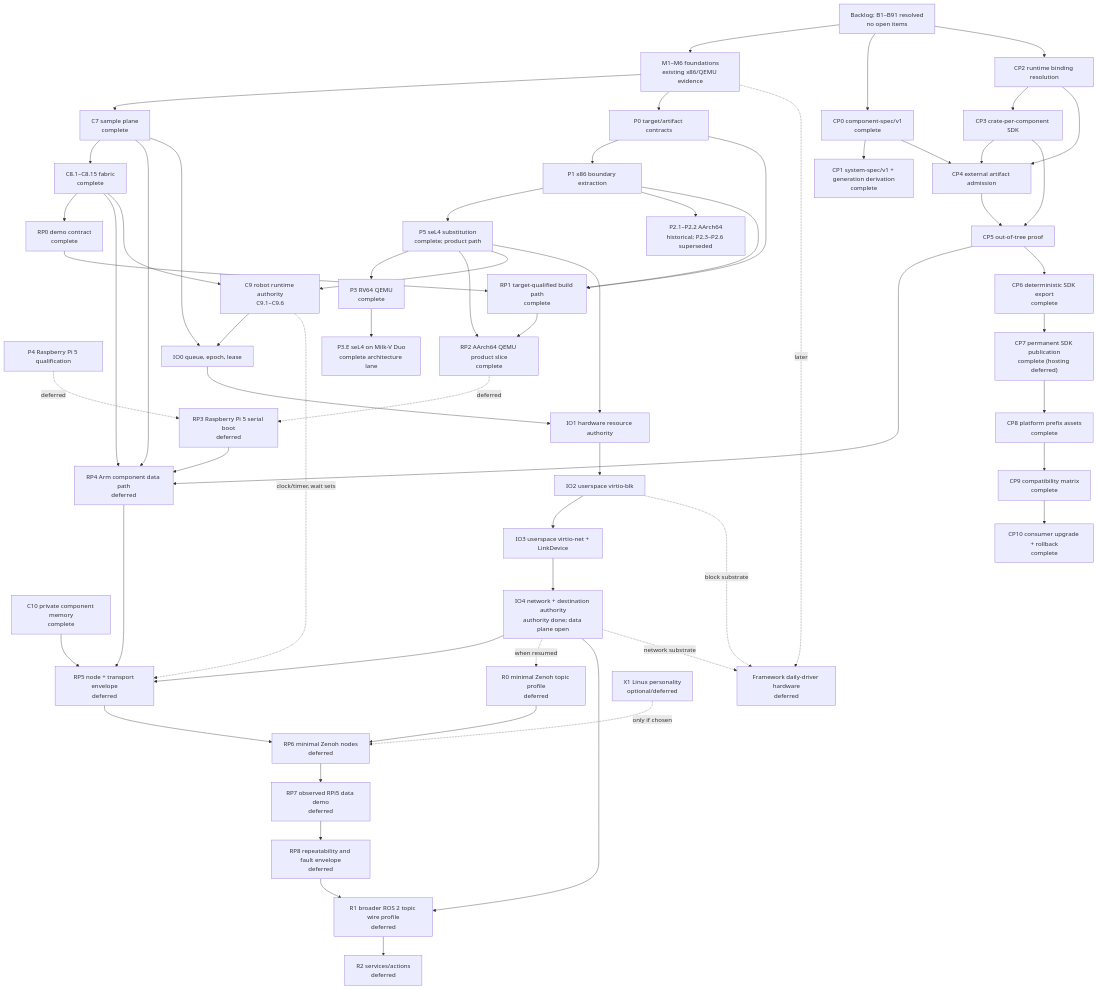
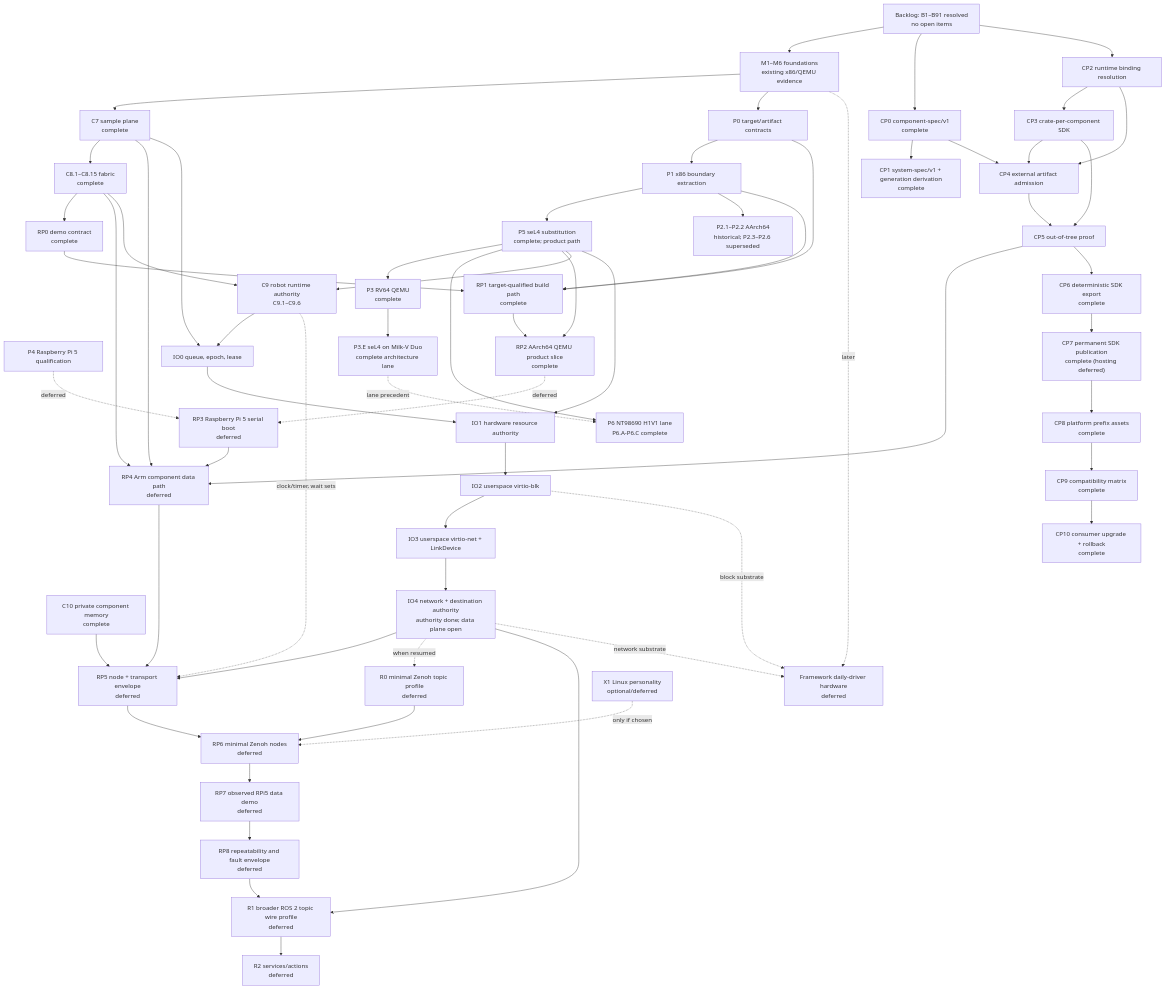
The diagram in roadmap/README.md (iceice666/slime_os), drawn with Mermaid before and after one commit. The commit also changed other lines of this file and 53 other files, not shown here.

```diff
--- a/roadmap/README.md
+++ b/roadmap/README.md
@@ -84,6 +86,7 @@
     Framework["Framework daily-driver hardware\ndeferred"]
     RV64["P3 RV64 QEMU\ncomplete"]
     Duo["P3.E seL4 on Milk-V Duo\ncomplete architecture lane"]
+    H1V1["P6 NT98690 H1V1 lane\nP6.A-P6.C complete"]
     X1["X1 Linux personality\noptional/deferred"]
 
     Backlog --> Foundations
@@ -91,6 +94,8 @@
     Foundations --> P0 --> P1 --> P5
     P1 --> P2
     P5 --> RV64 --> Duo
+    P5 --> H1V1
+    Duo -.->|lane precedent| H1V1
     C8 --> RP0
     P0 --> RP1
     P1 --> RP1
```
